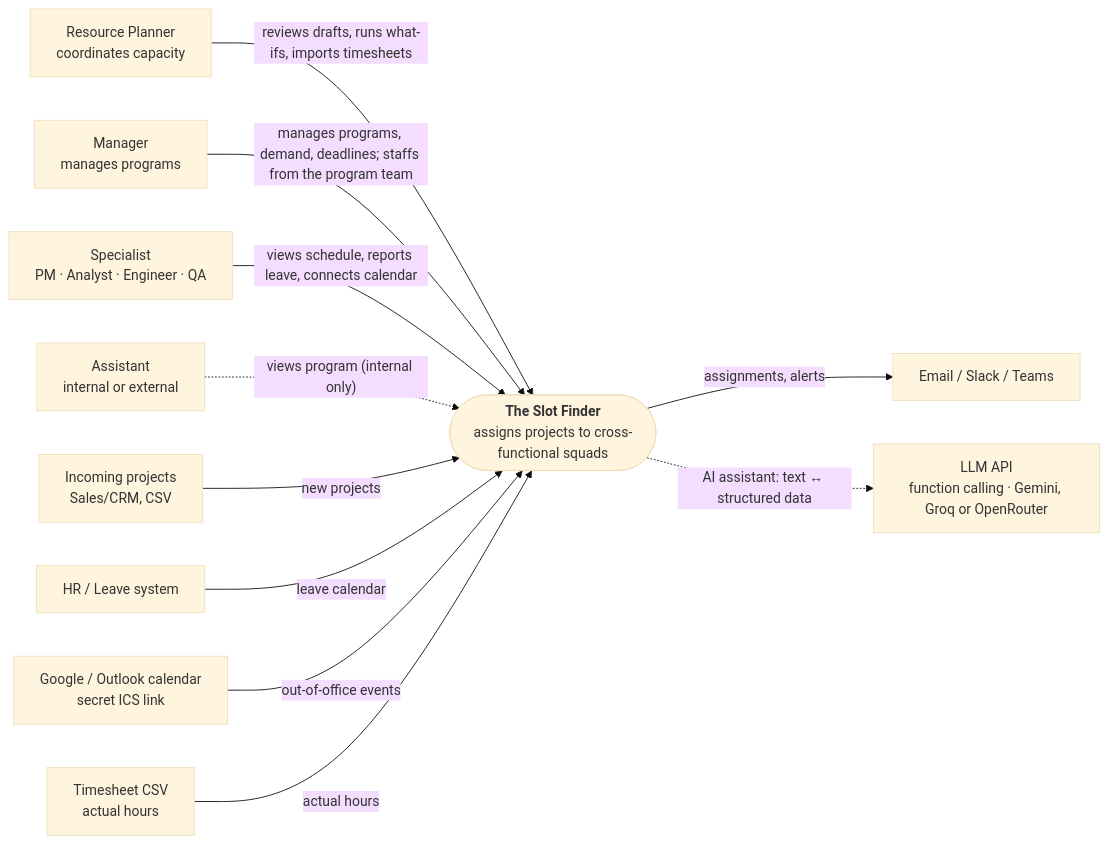
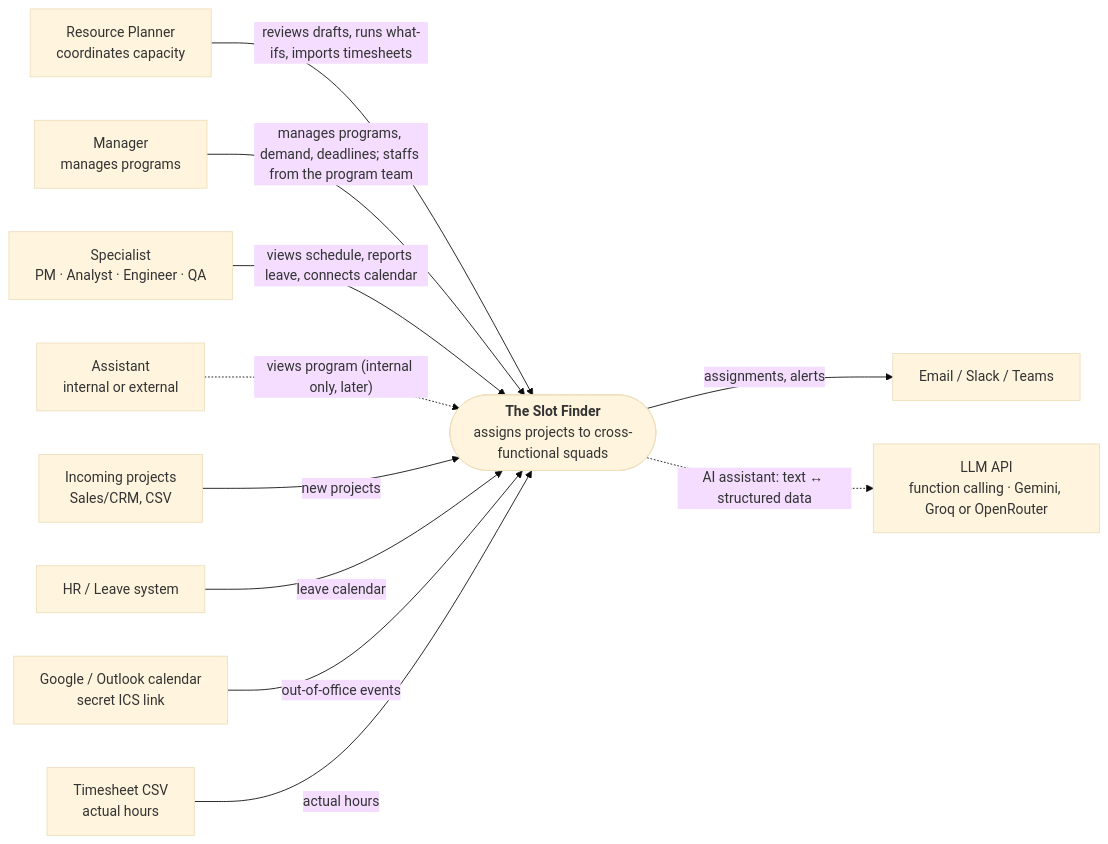
One commit to dophnamm/the-slot-finder changed the first of 14 diagrams in README.md. Above: the diagram before and after it, drawn with Mermaid (base theme). The commit also changed other lines of this file and 21 other files, not shown here.

First line of the commit message:
docs: match the READMEs, specs and diagrams to the code

````diff
--- a/README.md
+++ b/README.md
@@ -64,25 +64,25 @@
 ```mermaid
 flowchart LR
   planner["Resource Planner<br/>coordinates capacity"]
   lead["Manager<br/>manages programs"]
   spec["Specialist<br/>PM · Analyst · Engineer · QA"]
   assistant["Assistant<br/>internal or external"]
   sf(["<b>The Slot Finder</b><br/>assigns projects to cross-functional squads"])
   intake["Incoming projects<br/>Sales/CRM, CSV"]
   hr["HR / Leave system"]
   cal["Google / Outlook calendar<br/>secret ICS link"]
   timesheet["Timesheet CSV<br/>actual hours"]
   notify["Email / Slack / Teams"]
   llm["LLM API<br/>function calling · Gemini, Groq or OpenRouter"]
 
   planner -->|"reviews drafts, runs what-ifs, imports timesheets"| sf
   lead -->|"manages programs, demand, deadlines; staffs from the program team"| sf
   spec -->|"views schedule, reports leave, connects calendar"| sf
-  assistant -.->|"views program (internal only)"| sf
+  assistant -.->|"views program (internal only, later)"| sf
   intake -->|"new projects"| sf
   hr -->|"leave calendar"| sf
   cal -->|"out-of-office events"| sf
   timesheet -->|"actual hours"| sf
   sf -->|"assignments, alerts"| notify
   sf -.->|"AI assistant: text ↔ structured data"| llm
 ```
````
